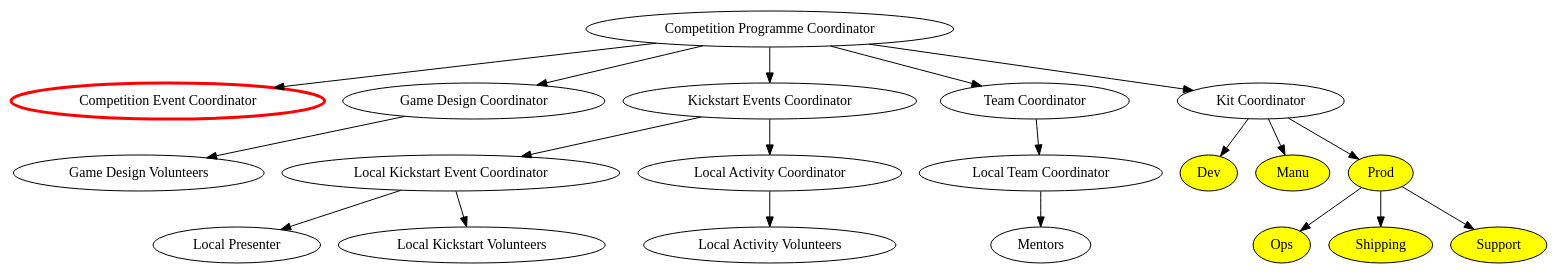
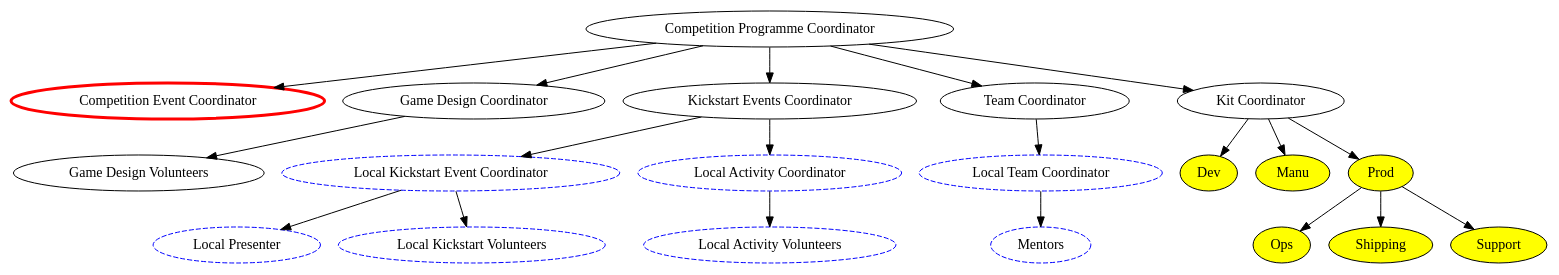
One commit to Adimote/legacy-ops-manual changed the diagram in org-chart/comp-prog.dot. Above: the diagram before and after it, drawn with Graphviz. The commit also changed 1 other file, not shown here.

Commit message:
Highlight 'Local *' roles with dashed blue line
These are quite different to all of the other roles in the org chart in
that there are multiple instances of these roles. The definition of this
role will explain this.

```diff
--- a/org-chart/comp-prog.dot
+++ b/org-chart/comp-prog.dot
@@ -1,56 +1,56 @@
 digraph {
 	####### Node declarations
 	comp_prog_coord [label="Competition Programme Coordinator" email="competition-program@studentrobotics.org"];
 	
 	# Competition Coordinator Subordinates
 	comp_event_coord [label="Competition Event Coordinator" color=red penwidth=3 rolesexclude=true]; // Email and tel defined in comp-event.dot
 	game_design_coord [label="Game Design Coordinator" email="game-design@studentrobotics.org"];
 	kickstart_event_coord [label="Kickstart Events Coordinator" email="kickstart@studentrobotics.org"];
 	team_coord [label="Team Coordinator" email="teams@studentrobotics.org"];
 	kit [label="Kit Coordinator" email="kit@studentrobotics.org"];
 	
 	### Fourth Level
 	
 	# Kickstart Event Coordinator Subordinates
-	local_ks_event_coord[label="Local Kickstart Event Coordinator" contactsexclude=true];
-	local_activity_coord[label="Local Activity Coordinator" contactsexclude=true];
+	local_ks_event_coord[label="Local Kickstart Event Coordinator" color=blue style=dashed contactsexclude=true];
+	local_activity_coord[label="Local Activity Coordinator" color=blue style=dashed contactsexclude=true];
 	
-	local_team_coord[label="Local Team Coordinator" contactsexclude=true];
+	local_team_coord[label="Local Team Coordinator" color=blue style=dashed contactsexclude=true];
 
 	game_design_volunteers[label="Game Design Volunteers" contactsexclude=true];
 
 	# Kit Coordinator Subordinates
 	kit_dev[label="Dev" fillcolor=yellow style=filled contactsexclude=true];
 	kit_manu[label="Manu" fillcolor=yellow style=filled contactsexclude=true];
 	kit_prod[label="Prod" fillcolor=yellow style=filled contactsexclude=true];
 	
 	### Fifth Level
-	local_presenter[label="Local Presenter" contactsexclude=true];
-	local_ks_volunteers[label="Local Kickstart Volunteers" contactsexclude=true];
-	local_activity_volunteers[label="Local Activity Volunteers" contactsexclude=true];
+	local_presenter[label="Local Presenter" color=blue style=dashed contactsexclude=true];
+	local_ks_volunteers[label="Local Kickstart Volunteers" color=blue style=dashed contactsexclude=true];
+	local_activity_volunteers[label="Local Activity Volunteers" color=blue style=dashed contactsexclude=true];
 	
-	mentors[label="Mentors" contactsexclude=true];
+	mentors[label="Mentors" color=blue style=dashed contactsexclude=true];
 	
 	# Kit Prod Subordinates
 	kit_ops[label="Ops" fillcolor=yellow style=filled contactsexclude=true];
 	kit_shipping[label="Shipping" fillcolor=yellow style=filled contactsexclude=true];
 	kit_support[label="Support" fillcolor=yellow style=filled contactsexclude=true];
 	
 	###### Connections between nodes
 	
 	comp_prog_coord -> { comp_event_coord game_design_coord kickstart_event_coord team_coord kit };
 	
 	kickstart_event_coord -> { local_ks_event_coord local_activity_coord };
 		
 	local_ks_event_coord -> { local_presenter local_ks_volunteers };
 		
 	local_activity_coord -> local_activity_volunteers;
 		
 	team_coord -> local_team_coord;
 	local_team_coord -> mentors;
 		
 	kit -> { kit_dev kit_manu kit_prod };
 	kit_prod -> { kit_ops kit_shipping kit_support };
 
 	game_design_coord -> game_design_volunteers;
 }
```
